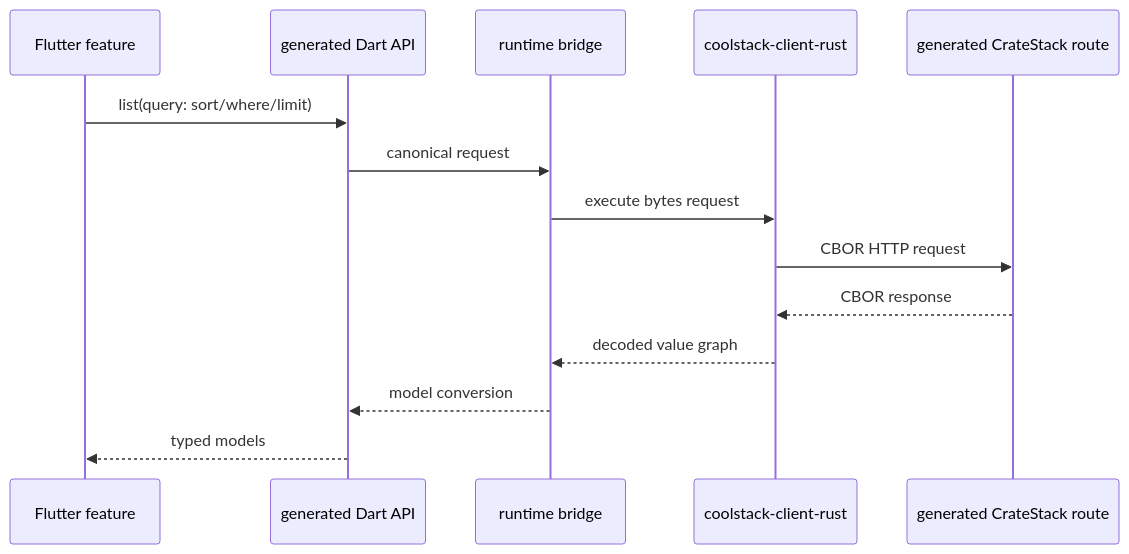
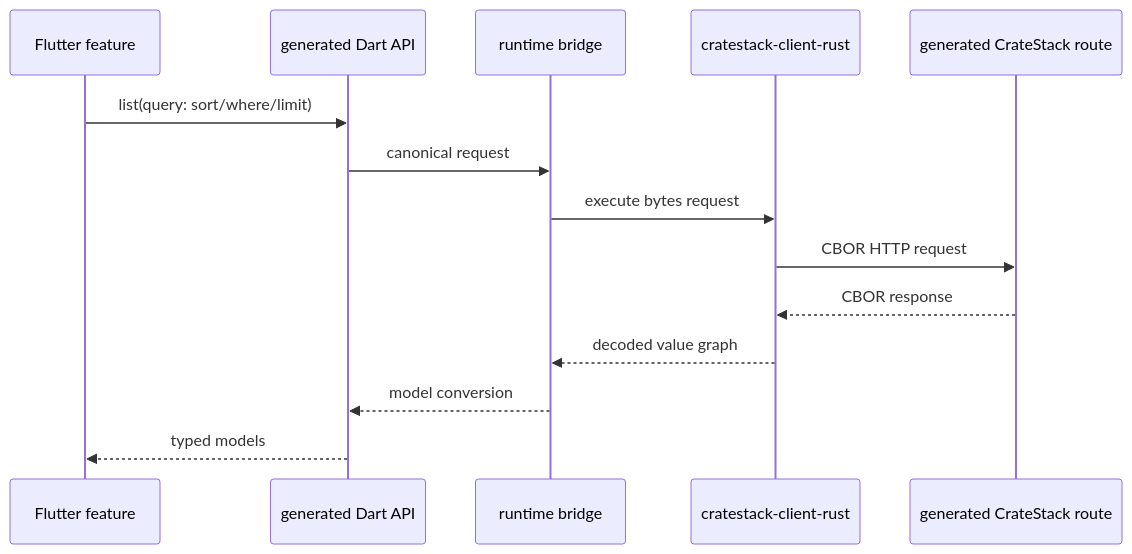
Before and after one commit to vaam-store/cratestack-docs: the second of 2 diagrams in docs/architecture/client-runtime.md, drawn with Mermaid. The commit also changed other lines of this file and 17 other files, not shown here.

````diff
--- a/docs/architecture/client-runtime.md
+++ b/docs/architecture/client-runtime.md
@@ -307,17 +307,17 @@
 ```mermaid
 sequenceDiagram
     participant App as Flutter feature
     participant Dart as generated Dart API
     participant Bridge as runtime bridge
-    participant Rust as coolstack-client-rust
+    participant Rust as cratestack-client-rust
     participant API as generated CrateStack route
 
     App->>Dart: list(query: sort/where/limit)
     Dart->>Bridge: canonical request
     Bridge->>Rust: execute bytes request
     Rust->>API: CBOR HTTP request
     API-->>Rust: CBOR response
     Rust-->>Bridge: decoded value graph
     Bridge-->>Dart: model conversion
     Dart-->>App: typed models
 ```
````
